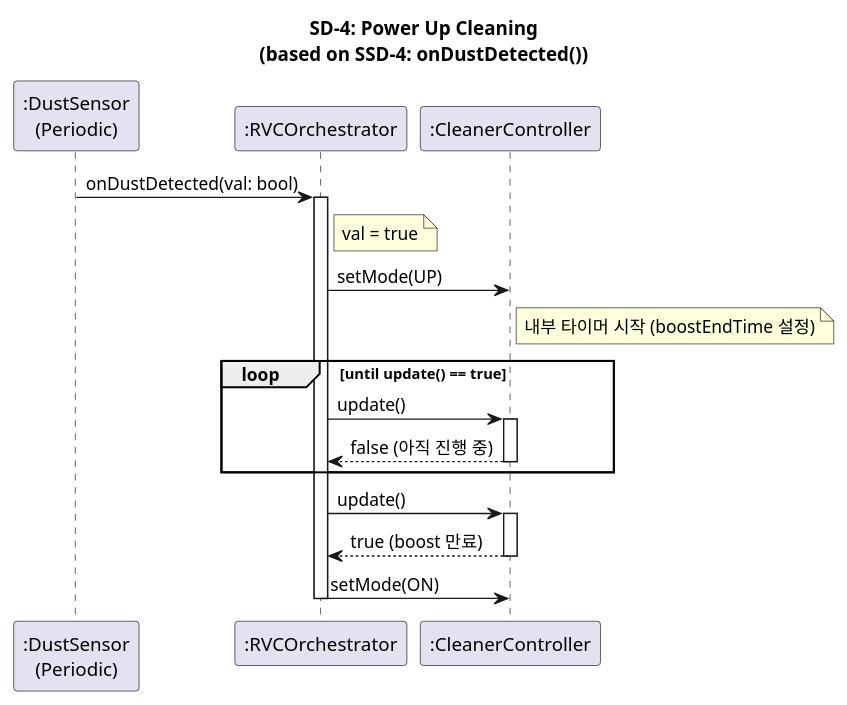
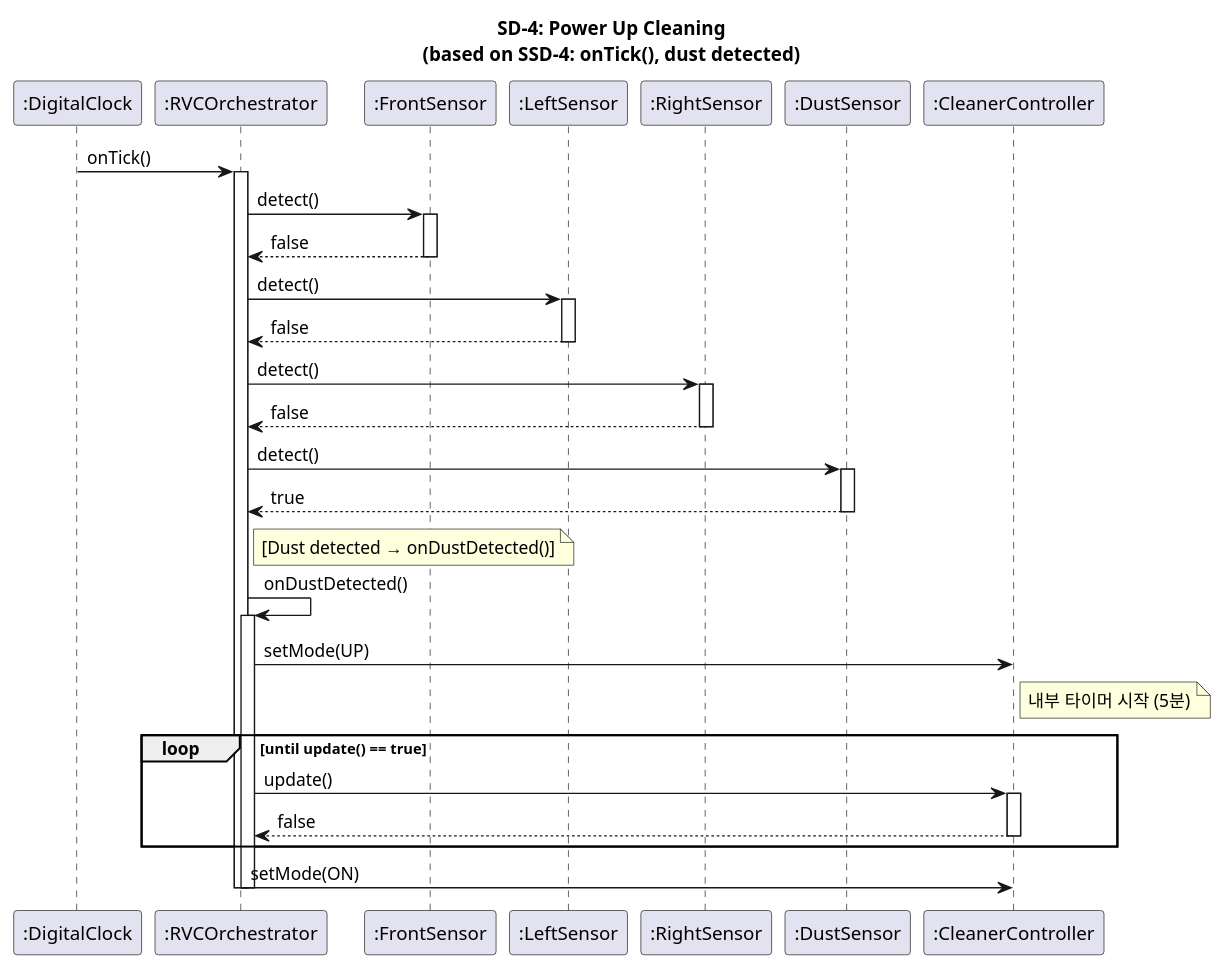
The fourth of 4 diagrams in docs/vibe-coding/03-ood/sequence-diagrams.mdx (OOP-konkuk/CICD-Team7), drawn with PlantUML before and after one commit. The commit also changed other lines of this file and 8 other files, not shown here.

First line of the commit message:
refactor(ooa/ood/ooi): Change dust detection to polling in onTick() (Option A)

````diff
--- a/docs/vibe-coding/03-ood/sequence-diagrams.mdx
+++ b/docs/vibe-coding/03-ood/sequence-diagrams.mdx
@@ -162,30 +167,48 @@
 ```plantuml
 @startuml SD4_PowerUpCleaning
-title SD-4: Power Up Cleaning\n(based on SSD-4: onDustDetected())
+title SD-4: Power Up Cleaning\n(based on SSD-4: onTick(), dust detected)
 
-participant ":DustSensor\n(Periodic)" as DS
+participant ":DigitalClock" as Clock
 participant ":RVCOrchestrator" as Orch
+participant ":FrontSensor" as FS
+participant ":LeftSensor" as LS
+participant ":RightSensor" as RS
+participant ":DustSensor" as DS
 participant ":CleanerController" as Cleaner
 
-DS -> Orch : onDustDetected(val: bool)
+Clock -> Orch : onTick()
 activate Orch
-note right of Orch : val = true
+Orch -> FS : detect()
+activate FS
+FS --> Orch : false
+deactivate FS
+Orch -> LS : detect()
+activate LS
+LS --> Orch : false
+deactivate LS
+Orch -> RS : detect()
+activate RS
+RS --> Orch : false
+deactivate RS
+Orch -> DS : detect()
+activate DS
+DS --> Orch : true
+deactivate DS
+note right of Orch : [Dust detected → onDustDetected()]
+Orch -> Orch : onDustDetected()
+activate Orch
 Orch -> Cleaner : setMode(UP)
-note right of Cleaner : 내부 타이머 시작 (boostEndTime 설정)
+note right of Cleaner : 내부 타이머 시작 (5분)
 
 loop until update() == true
   Orch -> Cleaner : update()
   activate Cleaner
-  Cleaner --> Orch : false (아직 진행 중)
+  Cleaner --> Orch : false
   deactivate Cleaner
 end
 
-Orch -> Cleaner : update()
-activate Cleaner
-Cleaner --> Orch : true (boost 만료)
-deactivate Cleaner
-
 Orch -> Cleaner : setMode(ON)
+deactivate Orch
 deactivate Orch
 @enduml
 ```
````
